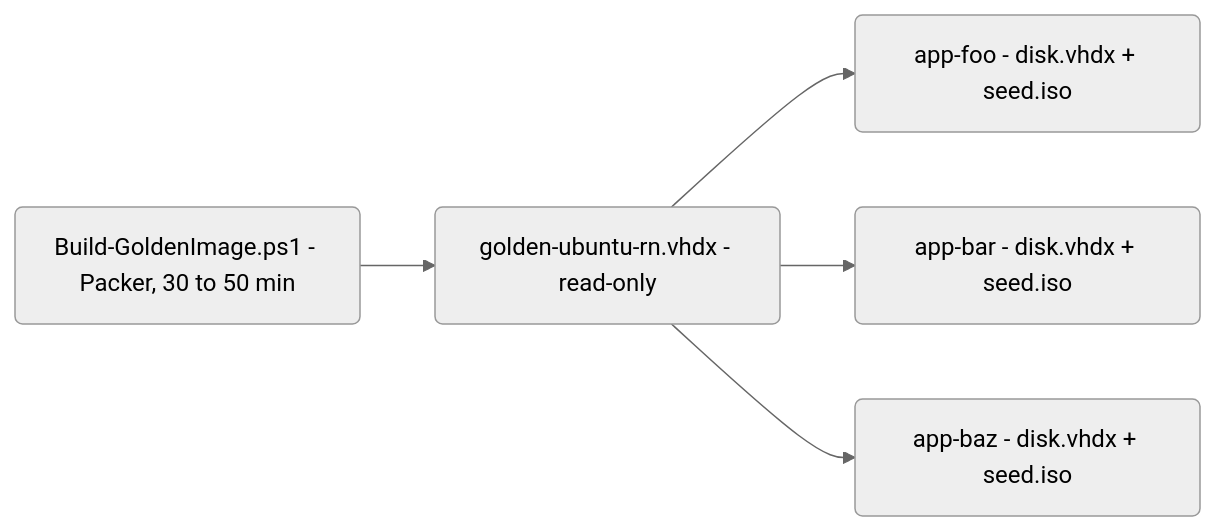
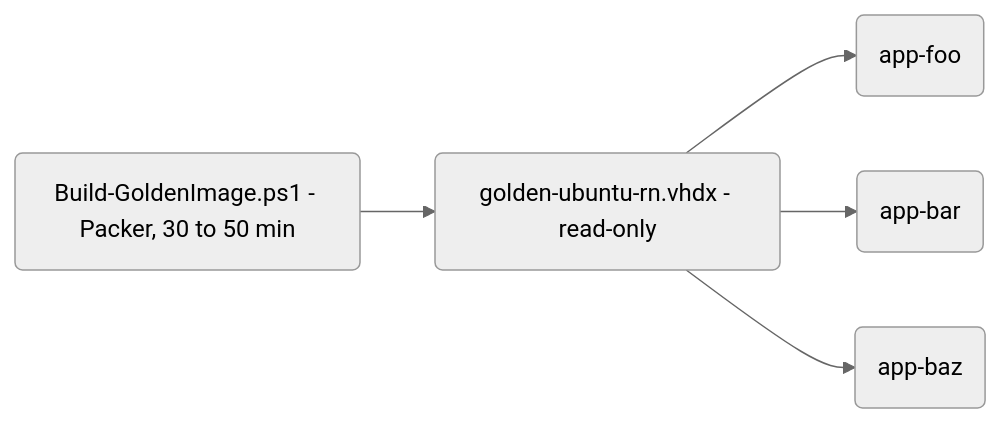
One commit to ThomasZeman/agent-vm changed the diagram in README.md. Above: the diagram before and after it, drawn with Mermaid (neutral theme). The commit also changed other lines of this file and 13 other files, not shown here.

````diff
--- a/README.md
+++ b/README.md
@@ -23,7 +25,7 @@
 ```mermaid
 flowchart LR
     packer(Build-GoldenImage.ps1 - Packer, 30 to 50 min) --> golden(golden-ubuntu-rn.vhdx - read-only)
-    golden --> vm1(app-foo - disk.vhdx + seed.iso)
-    golden --> vm2(app-bar - disk.vhdx + seed.iso)
-    golden --> vm3(app-baz - disk.vhdx + seed.iso)
+    golden --> vm1(app-foo)
+    golden --> vm2(app-bar)
+    golden --> vm3(app-baz)
 ```
````
